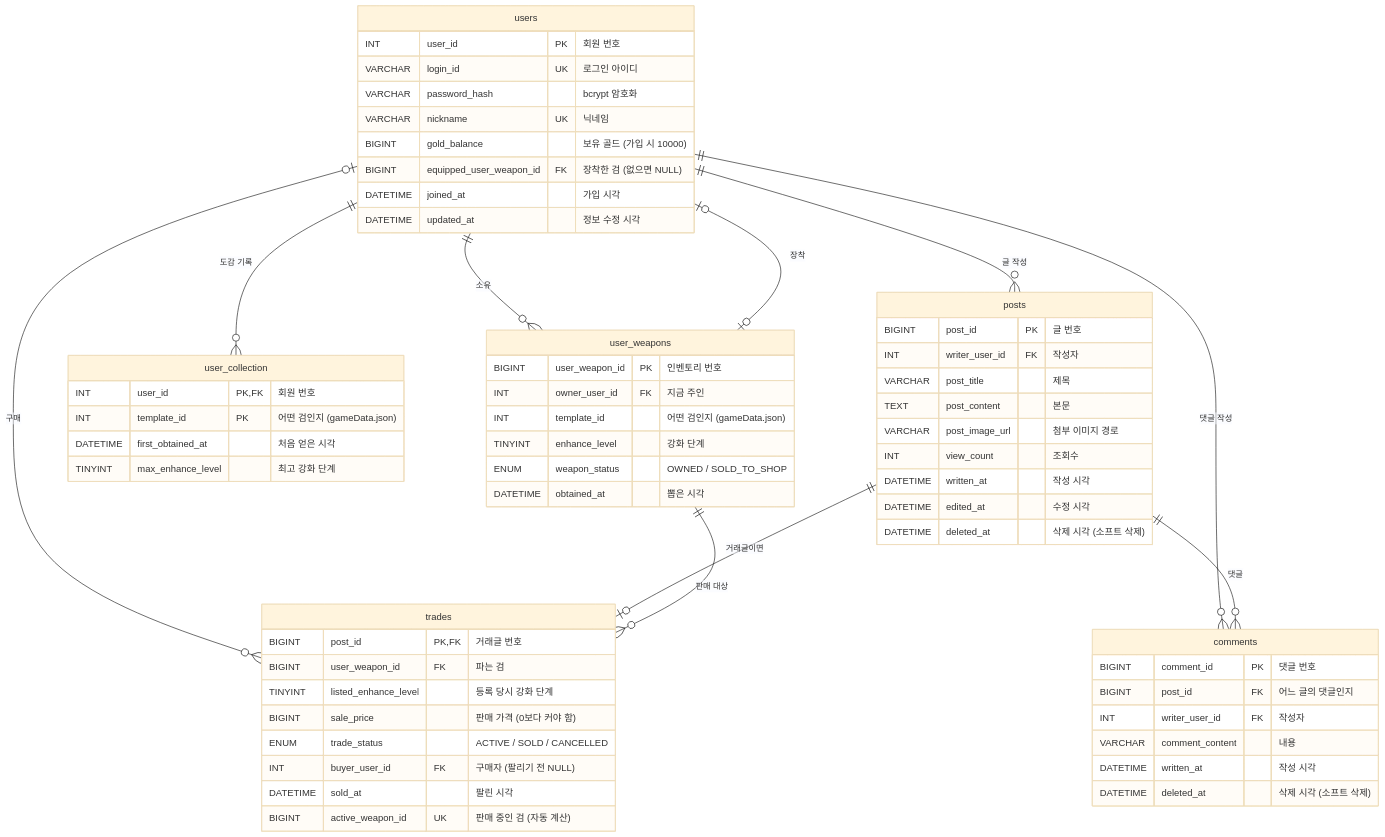
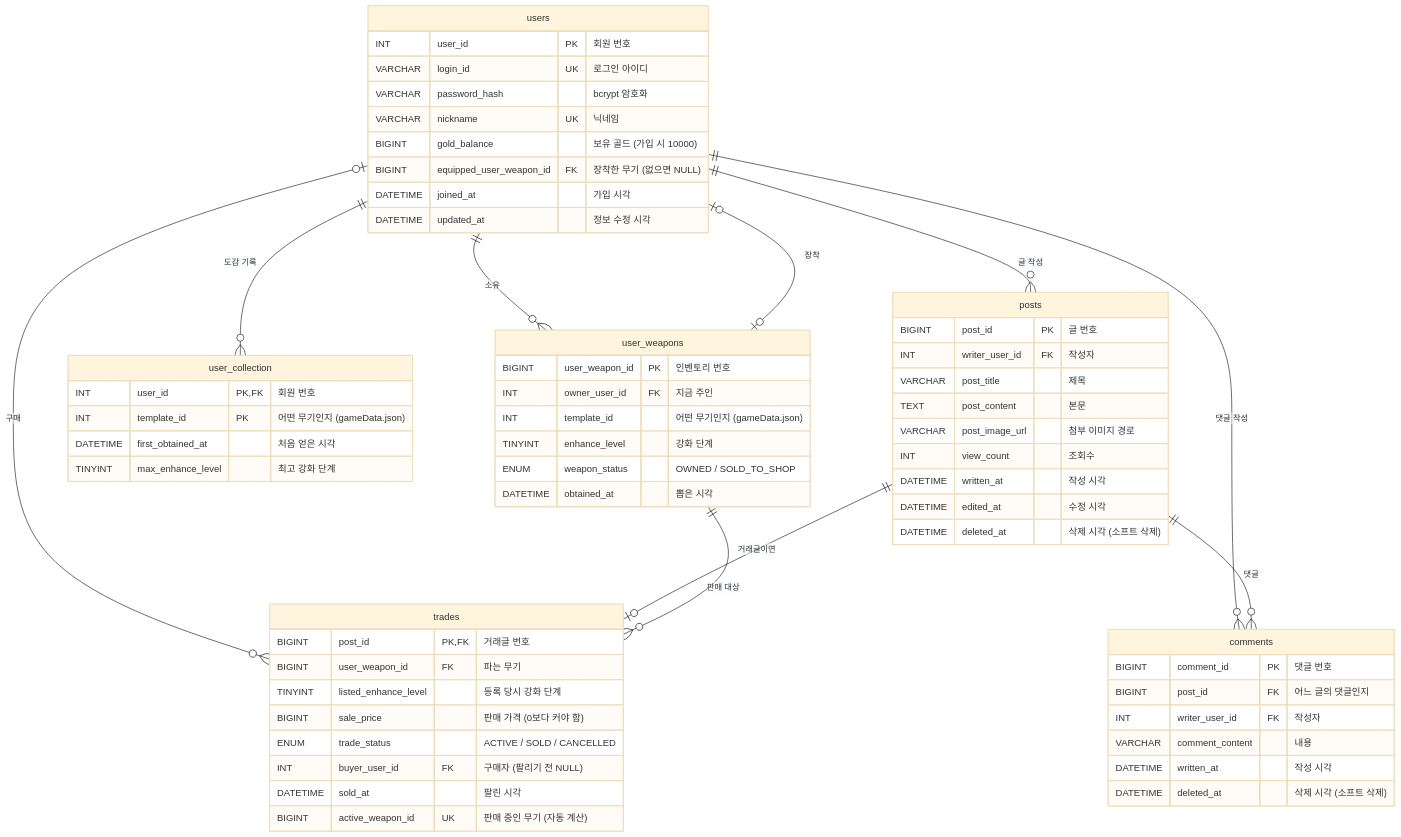
One commit to bestroom449k/DB_P_wapon changed the diagram in README.md. Above: the diagram before and after it, drawn with Mermaid (base theme). The commit also changed other lines of this file and 26 other files, not shown here.

````diff
--- a/README.md
+++ b/README.md
@@ -21,71 +21,71 @@
 ```mermaid
 erDiagram
     users ||--o{ user_weapons : "소유"
     users |o--o| user_weapons : "장착"
     users ||--o{ user_collection : "도감 기록"
     users ||--o{ posts : "글 작성"
     users ||--o{ comments : "댓글 작성"
     users |o--o{ trades : "구매"
     posts ||--o{ comments : "댓글"
     posts ||--o| trades : "거래글이면"
     user_weapons ||--o{ trades : "판매 대상"
 
     users {
         INT user_id PK "회원 번호"
         VARCHAR login_id UK "로그인 아이디"
         VARCHAR password_hash "bcrypt 암호화"
         VARCHAR nickname UK "닉네임"
         BIGINT gold_balance "보유 골드 (가입 시 10000)"
-        BIGINT equipped_user_weapon_id FK "장착한 검 (없으면 NULL)"
+        BIGINT equipped_user_weapon_id FK "장착한 무기 (없으면 NULL)"
         DATETIME joined_at "가입 시각"
         DATETIME updated_at "정보 수정 시각"
     }
 
     user_weapons {
         BIGINT user_weapon_id PK "인벤토리 번호"
         INT owner_user_id FK "지금 주인"
-        INT template_id "어떤 검인지 (gameData.json)"
+        INT template_id "어떤 무기인지 (gameData.json)"
         TINYINT enhance_level "강화 단계"
         ENUM weapon_status "OWNED / SOLD_TO_SHOP"
         DATETIME obtained_at "뽑은 시각"
     }
 
     user_collection {
         INT user_id PK, FK "회원 번호"
-        INT template_id PK "어떤 검인지 (gameData.json)"
+        INT template_id PK "어떤 무기인지 (gameData.json)"
         DATETIME first_obtained_at "처음 얻은 시각"
         TINYINT max_enhance_level "최고 강화 단계"
     }
 
     posts {
         BIGINT post_id PK "글 번호"
         INT writer_user_id FK "작성자"
         VARCHAR post_title "제목"
         TEXT post_content "본문"
         VARCHAR post_image_url "첨부 이미지 경로"
         INT view_count "조회수"
         DATETIME written_at "작성 시각"
         DATETIME edited_at "수정 시각"
         DATETIME deleted_at "삭제 시각 (소프트 삭제)"
     }
 
     comments {
         BIGINT comment_id PK "댓글 번호"
         BIGINT post_id FK "어느 글의 댓글인지"
         INT writer_user_id FK "작성자"
         VARCHAR comment_content "내용"
         DATETIME written_at "작성 시각"
         DATETIME deleted_at "삭제 시각 (소프트 삭제)"
     }
 
     trades {
         BIGINT post_id PK, FK "거래글 번호"
-        BIGINT user_weapon_id FK "파는 검"
+        BIGINT user_weapon_id FK "파는 무기"
         TINYINT listed_enhance_level "등록 당시 강화 단계"
         BIGINT sale_price "판매 가격 (0보다 커야 함)"
         ENUM trade_status "ACTIVE / SOLD / CANCELLED"
         INT buyer_user_id FK "구매자 (팔리기 전 NULL)"
         DATETIME sold_at "팔린 시각"
-        BIGINT active_weapon_id UK "판매 중인 검 (자동 계산)"
+        BIGINT active_weapon_id UK "판매 중인 무기 (자동 계산)"
     }
 ```
````
